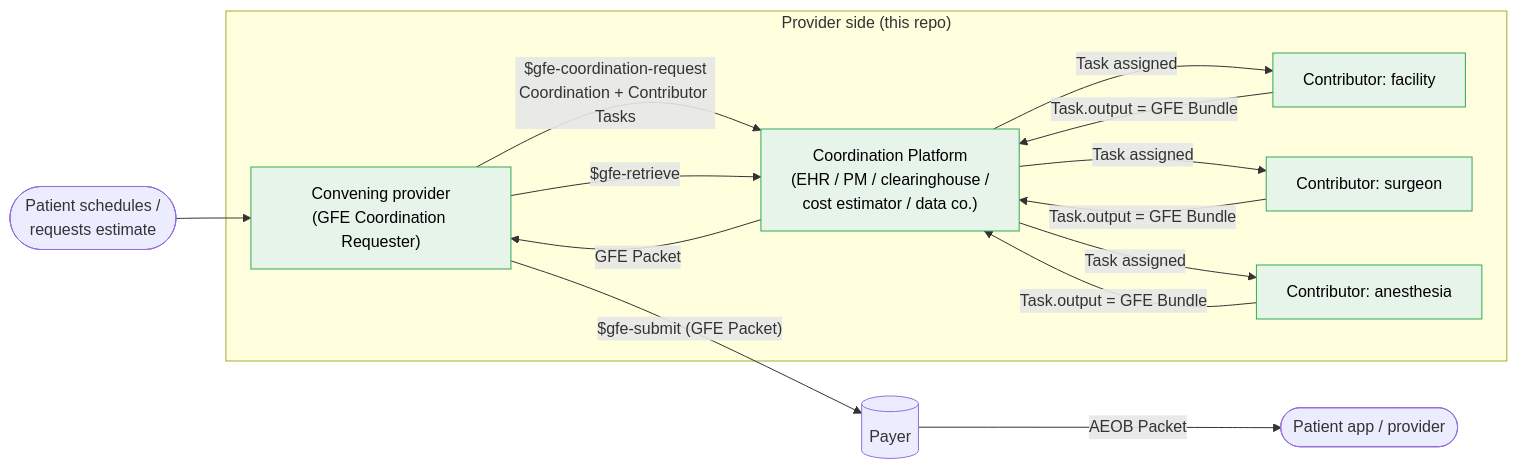
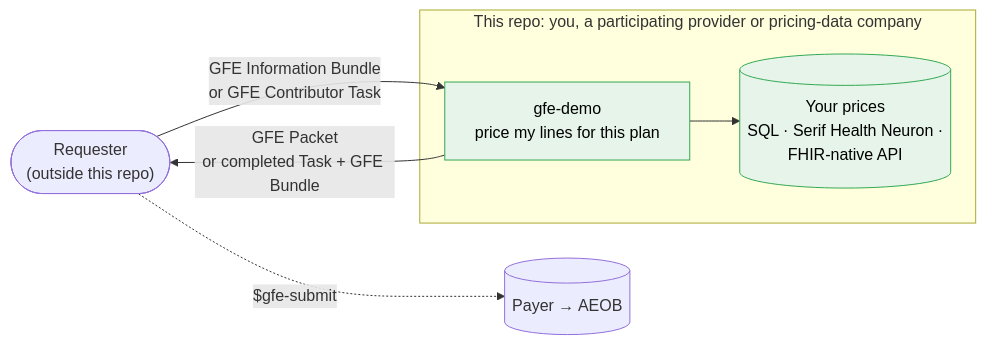
Before and after one commit to serif-health/gfe_demo: the first of 5 diagrams in README.md, drawn with Mermaid. The commit also changed other lines of this file and 30 other files, not shown here.

````diff
--- a/README.md
+++ b/README.md
@@ -50,23 +64,15 @@
 ```mermaid
 flowchart LR
-    P([Patient schedules /<br/>requests estimate]) --> CR
-
-    subgraph Providers["Provider side (this repo)"]
-        CR["Convening provider<br/>(GFE Coordination Requester)"]
-        CP["Coordination Platform<br/>(EHR / PM / clearinghouse /<br/>cost estimator / data co.)"]
-        C1["Contributor: facility"]
-        C2["Contributor: surgeon"]
-        C3["Contributor: anesthesia"]
-        CR -->|"$gfe-coordination-request<br/>Coordination + Contributor Tasks"| CP
-        CP -->|"Task assigned"| C1 & C2 & C3
-        C1 & C2 & C3 -->|"Task.output = GFE Bundle"| CP
-        CR -->|"$gfe-retrieve"| CP
-        CP -->|"GFE Packet"| CR
+    REQ(["Requester<br/>(outside this repo)"])
+    subgraph You["This repo: you, a participating provider or pricing-data company"]
+        SVC["gfe-demo<br/>price my lines for this plan"]
+        PRICES[("Your prices<br/>SQL · Serif Health Neuron ·<br/>FHIR-native API")]
+        SVC --> PRICES
     end
-
-    CR -->|"$gfe-submit (GFE Packet)"| PY[(Payer)]
-    PY -->|"AEOB Packet"| PT([Patient app / provider])
+    REQ -->|"GFE Information Bundle<br/>or GFE Contributor Task"| SVC
+    SVC -->|"GFE Packet<br/>or completed Task + GFE Bundle"| REQ
+    REQ -.->|"$gfe-submit"| PY[(Payer → AEOB)]
 
     classDef ours fill:#e6f4ea,stroke:#34a853,color:#000;
-    class CP,C1,C2,C3,CR ours;
+    class SVC,PRICES ours;
 ```
````
